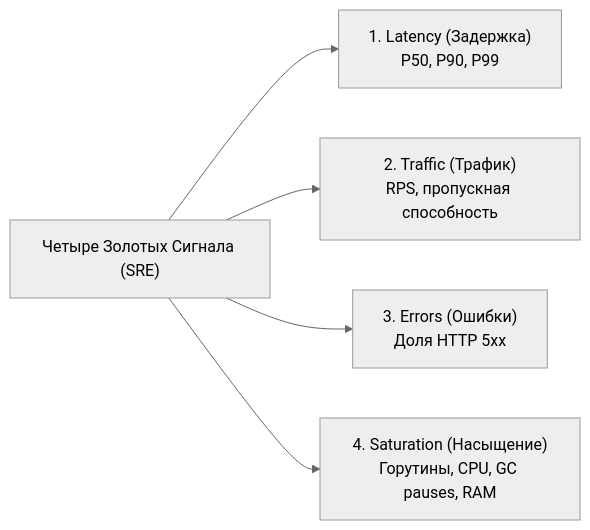
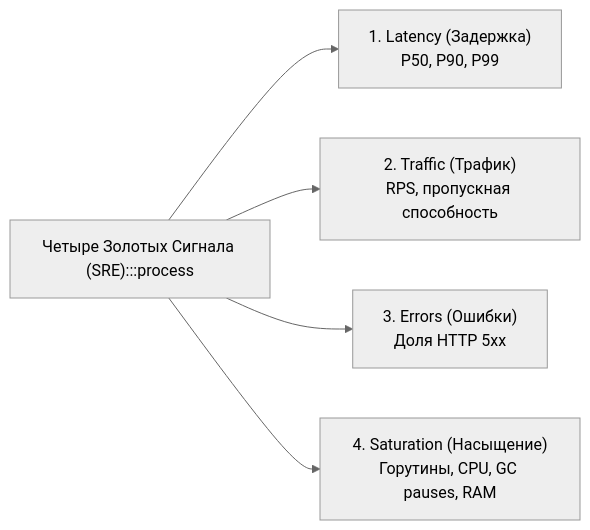
Before and after one commit to UnrealTemplier/go-textbook: the second of 4 diagrams in sources/11. Архитектура и System Design/4. SLA, SLO, SLI и как они влияют на дизайн.md, drawn with Mermaid (neutral theme). The commit also changed other lines of this file and 1666 other files, not shown here.

First line of the commit message:
feat(mermaid): add semantic color classDef to 1369 colorless flowchart/graph diagrams

````diff
--- a/sources/11. Архитектура и System Design/4. SLA, SLO, SLI и как они влияют на дизайн.md
+++ b/sources/11. Архитектура и System Design/4. SLA, SLO, SLI и как они влияют на дизайн.md
@@ -47,7 +57,17 @@
 ```mermaid
 flowchart LR
-    Signals["Четыре Золотых Сигнала (SRE)"] --> Lat["1. Latency (Задержка)\nP50, P90, P99"]
+    classDef process  fill:#1e293b,stroke:#38bdf8,stroke-width:1px,color:#f8fafc
+    classDef success  fill:#064e3b,stroke:#34d399,stroke-width:1px,color:#f8fafc
+    classDef error    fill:#7f1d1d,stroke:#f87171,stroke-width:1px,color:#f8fafc
+    classDef warning  fill:#78350f,stroke:#fbbf24,stroke-width:1px,color:#f8fafc
+    classDef entry    fill:#1e3a5f,stroke:#38bdf8,stroke-width:2px,color:#f8fafc
+    classDef aux      fill:#334155,stroke:#64748b,stroke-width:1px,color:#f8fafc
+    classDef system   fill:#312e81,stroke:#a78bfa,stroke-width:1px,color:#f8fafc
+    classDef data     fill:#132d29,stroke:#2dd4bf,stroke-width:1px,color:#f8fafc
+    classDef network  fill:#881337,stroke:#fb7185,stroke-width:1px,color:#f8fafc
+    classDef accent   fill:#1e1b4b,stroke:#818cf8,stroke-width:1px,color:#f8fafc
+    Signals["Четыре Золотых Сигнала (SRE):::process"] --> Lat["1. Latency (Задержка)\nP50, P90, P99"]
     Signals --> Traf["2. Traffic (Трафик)\nRPS, пропускная способность"]
     Signals --> Err["3. Errors (Ошибки)\nДоля HTTP 5xx"]
     Signals --> Sat["4. Saturation (Насыщение)\nГорутины, CPU, GC pauses, RAM"]
 ```
````
